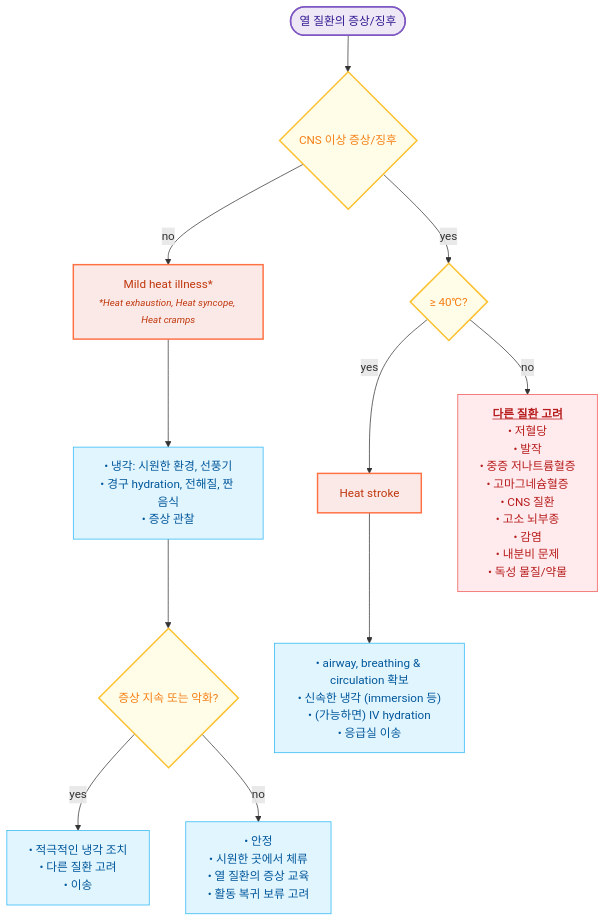
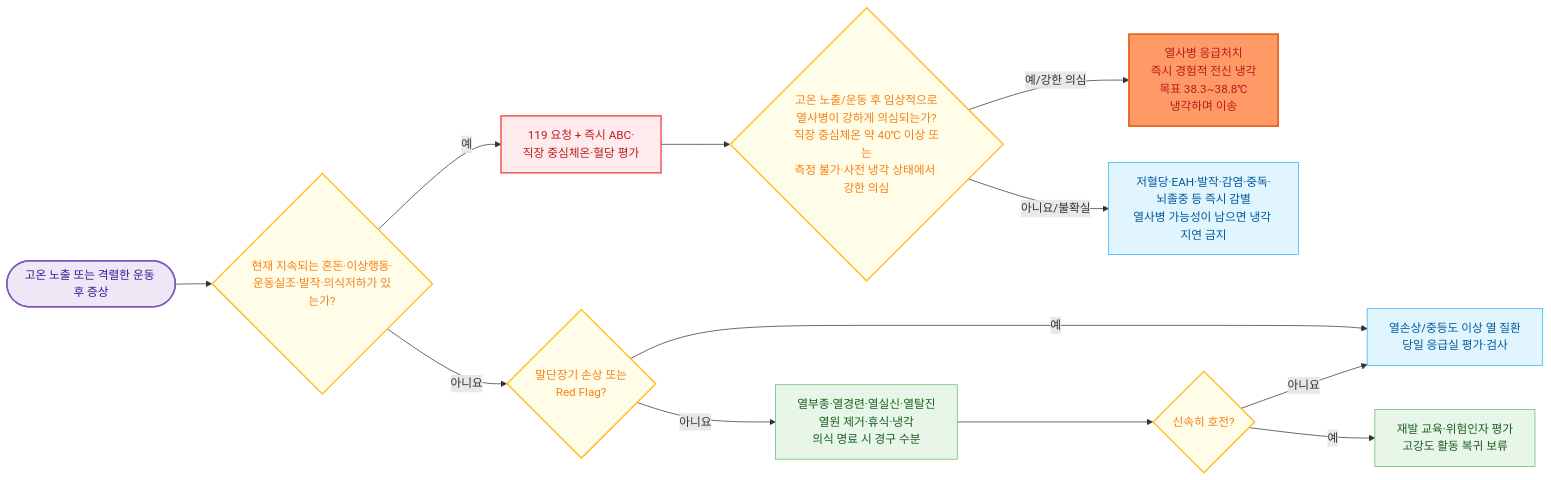
The diagram in 230_/205_-heat-illness.md (familyoh77/familyoh77), drawn with Mermaid before and after one commit. The commit also changed other lines of this file, not shown here.

````diff
--- a/230_/205_-heat-illness.md
+++ b/230_/205_-heat-illness.md
@@ -130,39 +106,30 @@
 ```mermaid
-flowchart TD
-    A(["열 질환의 증상/징후"]) --> B{"CNS 이상 증상/징후"}
+flowchart LR
+    A(["고온 노출 또는 격렬한 운동 후 증상"]) --> B{"현재 지속되는 혼돈·이상행동·<br/>운동실조·발작·의식저하가 있는가?"}
 
-    %% 경증 열 질환 경로 (No)
-    B -- "no" --> C["Mild heat illness*<br/><small><i>*Heat exhaustion, Heat syncope, Heat cramps</i></small>"]
-    C --> D["• 냉각: 시원한 환경, 선풍기<br/>• 경구 hydration, 전해질, 짠 음식<br/>• 증상 관찰"]
-    D --> E{"증상 지속 또는 악화?"}
-    
-    E -- "yes" --> F["• 적극적인 냉각 조치<br/>• 다른 질환 고려<br/>• 이송"]
-    E -- "no" --> G["• 안정<br/>• 시원한 곳에서 체류<br/>• 열 질환의 증상 교육<br/>• 활동 복귀 보류 고려"]
+    B -- "예" --> C["119 요청 + 즉시 ABC·<br/>직장 중심체온·혈당 평가"]
+    C --> D{"고온 노출/운동 후 임상적으로<br/>열사병이 강하게 의심되는가?<br/>직장 중심체온 약 40℃ 이상 또는<br/>측정 불가·사전 냉각 상태에서 강한 의심"}
+    D -- "예/강한 의심" --> E["열사병 응급처치<br/>즉시 경험적 전신 냉각<br/>목표 38.3~38.8℃<br/>냉각하며 이송"]
+    D -- "아니요/불확실" --> F["저혈당·EAH·발작·감염·중독·<br/>뇌졸중 등 즉시 감별<br/>열사병 가능성이 남으면 냉각 지연 금지"]
 
-    %% 중증/신경계 이상 경로 (Yes)
-    B -- "yes" --> H{"≥ 40℃?"}
-    
-    H -- "yes" --> I["Heat stroke"]
-    I --> J["• airway, breathing & circulation 확보<br/>• 신속한 냉각 (immersion 등)<br/>• (가능하면) IV hydration<br/>• 응급실 이송"]
-    
-    H -- "no" --> K["<u><b>다른 질환 고려</b></u><br/>• 저혈당<br/>• 발작<br/>• 중증 저나트륨혈증<br/>• 고마그네슘혈증<br/>• CNS 질환<br/>• 고소 뇌부종<br/>• 감염<br/>• 내분비 문제<br/>• 독성 물질/약물"]
+    B -- "아니요" --> G{"말단장기 손상 또는<br/>Red Flag?"}
+    G -- "예" --> H["열손상/중등도 이상 열 질환<br/>당일 응급실 평가·검사"]
+    G -- "아니요" --> I["열부종·열경련·열실신·열탈진<br/>열원 제거·휴식·냉각<br/>의식 명료 시 경구 수분"]
+    I --> J{"신속히 호전?"}
+    J -- "아니요" --> H
+    J -- "예" --> K["재발 교육·위험인자 평가<br/>고강도 활동 복귀 보류"]
 
-    %% 스타일 정의
+    style E fill:#f96,stroke:#e65100,stroke-width:2px
+
     classDef header fill:#ede7f6,stroke:#7e57c2,color:#311b92,stroke-width:2px;
     classDef decision fill:#fffde7,stroke:#fbc02d,color:#f57f17,stroke-width:2px;
-    classDef titleNode fill:#fbe9e7,stroke:#ff7043,color:#bf360c,stroke-width:2px;
+    classDef emergency fill:#ffebee,stroke:#ef5350,color:#b71c1c,stroke-width:2px;
     classDef action fill:#e1f5fe,stroke:#29b6f6,color:#01579b,stroke-width:1px;
-    classDef diff fill:#ffebee,stroke:#ef5350,color:#b71c1c,stroke-width:1px;
+    classDef follow fill:#e8f5e9,stroke:#66bb6a,color:#1b5e20,stroke-width:1px;
 
     class A header;
-    class B decision;
-    class E decision;
-    class H decision;
-    class C titleNode;
-    class I titleNode;
-    class D action;
-    class F action;
-    class G action;
-    class J action;
-    class K diff;
+    class B,D,G,J decision;
+    class C,E emergency;
+    class F,H action;
+    class I,K follow;
 ```
````
